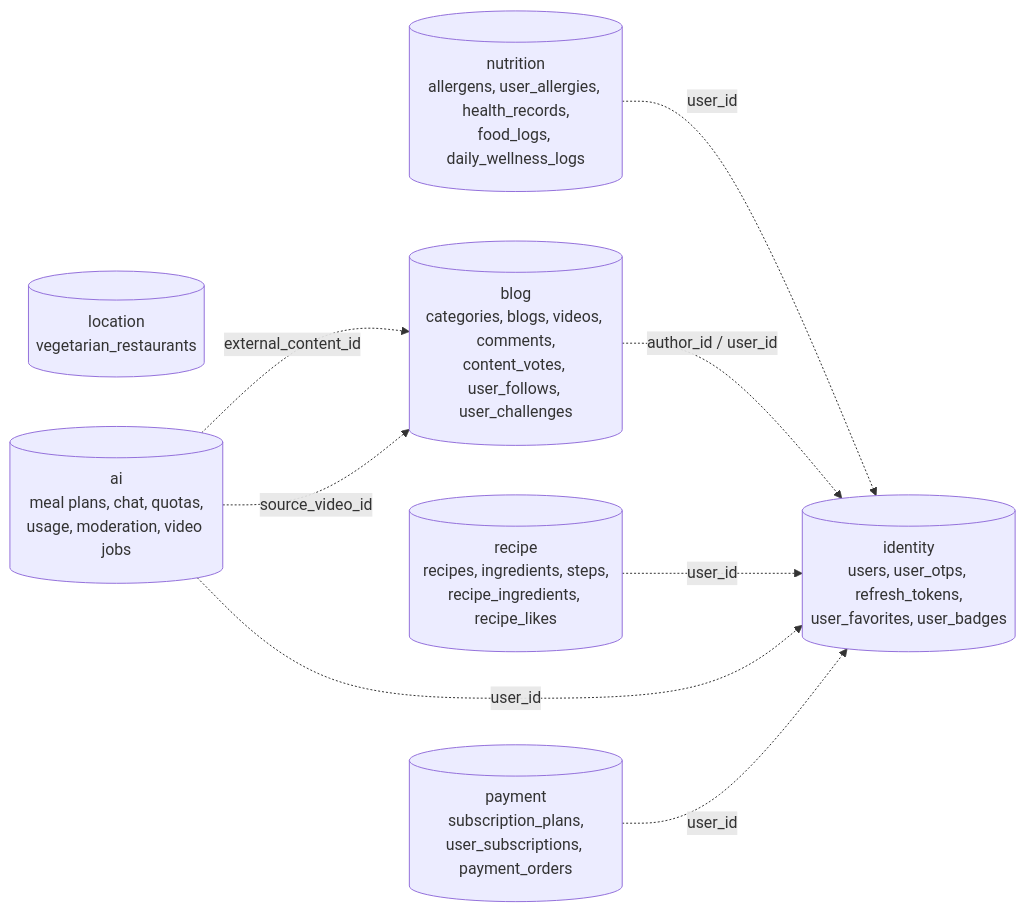
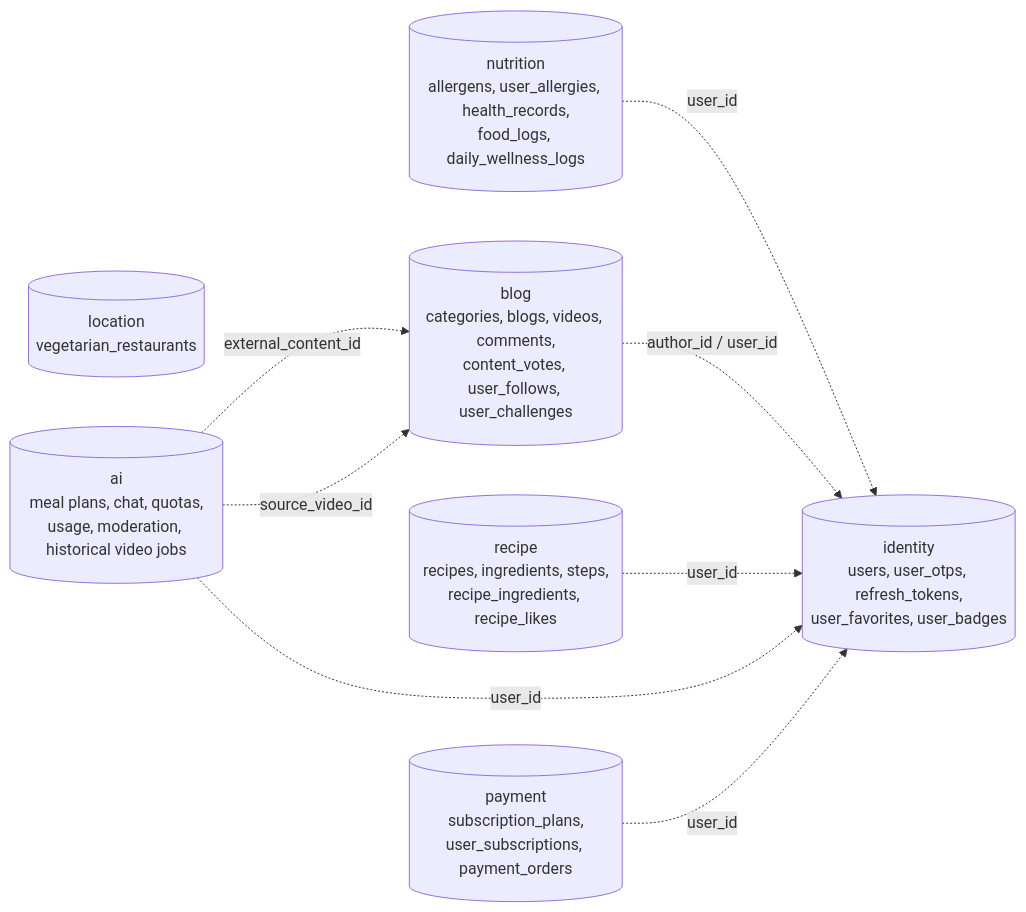
Before and after one commit to Phu0312/VeggiePal-Microservice: the sixth of 19 diagrams in docs/PRM_CAPSTONE.md, drawn with Mermaid. The commit also changed other lines of this file and 124 other files, not shown here.

````diff
--- a/docs/PRM_CAPSTONE.md
+++ b/docs/PRM_CAPSTONE.md
@@ -487,18 +481,18 @@
 ```mermaid
 flowchart LR
     U[("identity<br/>users, user_otps, refresh_tokens,<br/>user_favorites, user_badges")]
     N[("nutrition<br/>allergens, user_allergies, health_records,<br/>food_logs, daily_wellness_logs")]
     B[("blog<br/>categories, blogs, videos, comments,<br/>content_votes, user_follows, user_challenges")]
     R[("recipe<br/>recipes, ingredients, steps,<br/>recipe_ingredients, recipe_likes")]
     L[("location<br/>vegetarian_restaurants")]
-    A[("ai<br/>meal plans, chat, quotas,<br/>usage, moderation, video jobs")]
+    A[("ai<br/>meal plans, chat, quotas,<br/>usage, moderation, historical video jobs")]
     P[("payment<br/>subscription_plans,<br/>user_subscriptions, payment_orders")]
 
     N -. "user_id" .-> U
     B -. "author_id / user_id" .-> U
     R -. "user_id" .-> U
     A -. "user_id" .-> U
     P -. "user_id" .-> U
     A -. "external_content_id" .-> B
     A -. "source_video_id" .-> B
 ```
````
